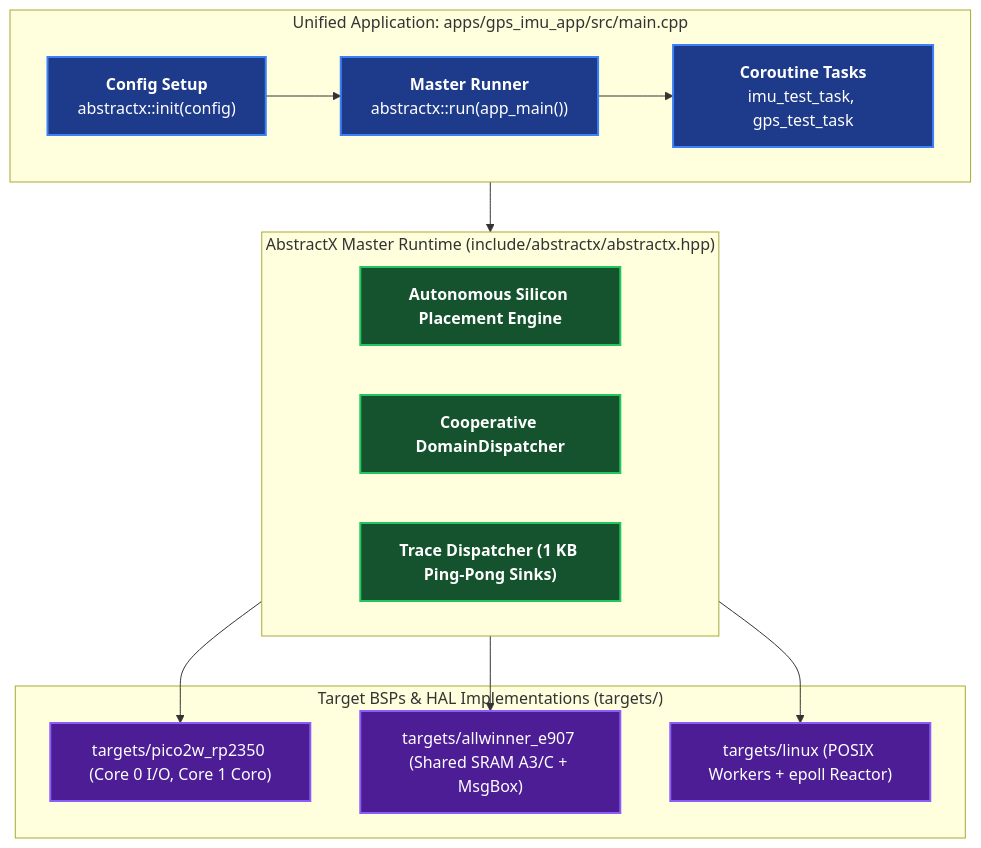
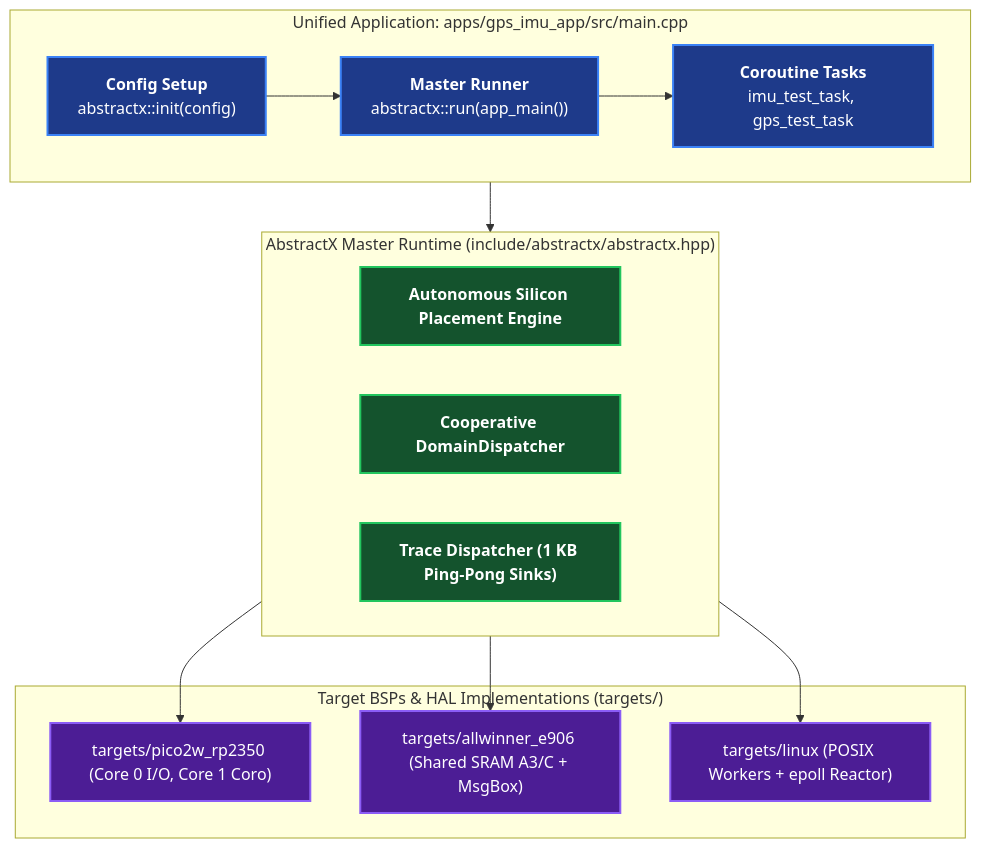
One commit to tcmichals/AbstractX changed the diagram in apps/README.md. Above: the diagram before and after it, drawn with Mermaid. The commit also changed other lines of this file and 96 other files, not shown here.

````diff
--- a/apps/README.md
+++ b/apps/README.md
@@ -22,35 +22,35 @@
 ```mermaid
 graph TD
     subgraph APP["Unified Application: apps/gps_imu_app/src/main.cpp"]
         CONFIG["<b>Config Setup</b><br/>abstractx::init(config)"]
         CORO["<b>Coroutine Tasks</b><br/>imu_test_task, gps_test_task"]
         RUN["<b>Master Runner</b><br/>abstractx::run(app_main())"]
         CONFIG --> RUN
         RUN --> CORO
     end
 
     subgraph RUNTIME["AbstractX Master Runtime (include/abstractx/abstractx.hpp)"]
         AUTOPLACE["<b>Autonomous Silicon Placement Engine</b>"]
         DISP["<b>Cooperative DomainDispatcher</b>"]
         TRACE["<b>Trace Dispatcher (1 KB Ping-Pong Sinks)</b>"]
     end
 
     subgraph TARGETS["Target BSPs & HAL Implementations (targets/)"]
         T_PICO["targets/pico2w_rp2350 (Core 0 I/O, Core 1 Coro)"]
-        T_E907["targets/allwinner_e907 (Shared SRAM A3/C + MsgBox)"]
+        T_E906["targets/allwinner_e906 (Shared SRAM A3/C + MsgBox)"]
         T_LINUX["targets/linux (POSIX Workers + epoll Reactor)"]
     end
 
     APP --> RUNTIME
     RUNTIME --> T_PICO
-    RUNTIME --> T_E907
+    RUNTIME --> T_E906
     RUNTIME --> T_LINUX
 
     classDef appStyle fill:#1e3a8a,stroke:#3b82f6,stroke-width:2px,color:#ffffff;
     classDef rtStyle fill:#14532d,stroke:#22c55e,stroke-width:2px,color:#ffffff;
     classDef tgtStyle fill:#4c1d95,stroke:#8b5cf6,stroke-width:2px,color:#ffffff;
 
     class CONFIG,CORO,RUN appStyle;
     class AUTOPLACE,DISP,TRACE rtStyle;
-    class T_PICO,T_E907,T_LINUX tgtStyle;
+    class T_PICO,T_E906,T_LINUX tgtStyle;
 ```
````
